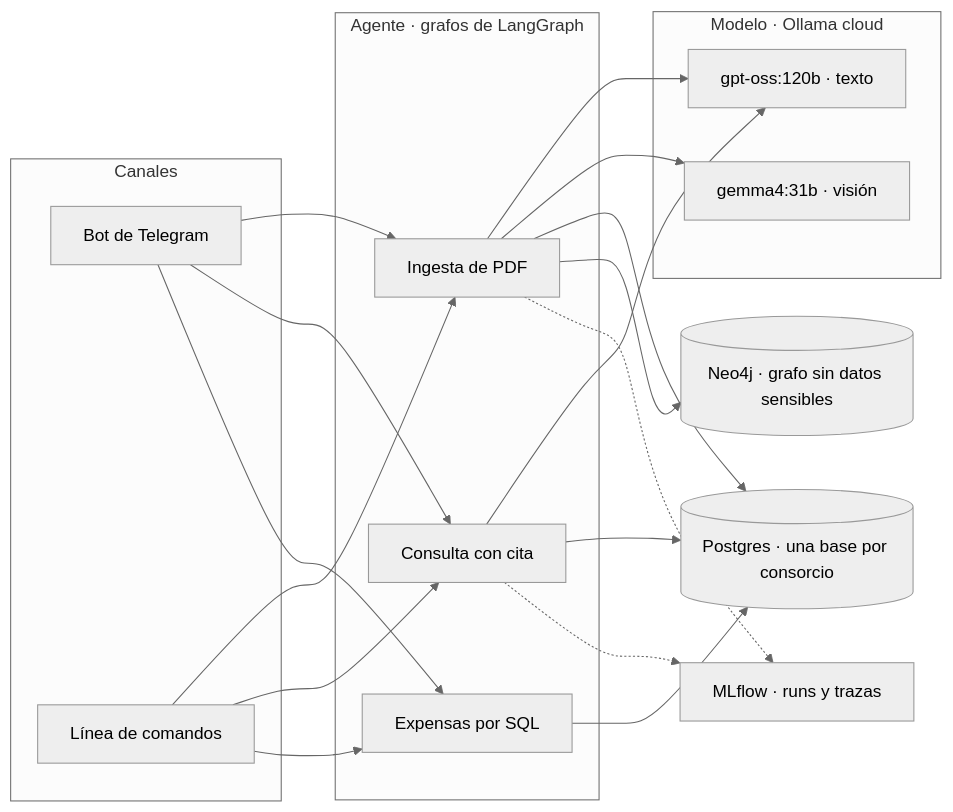
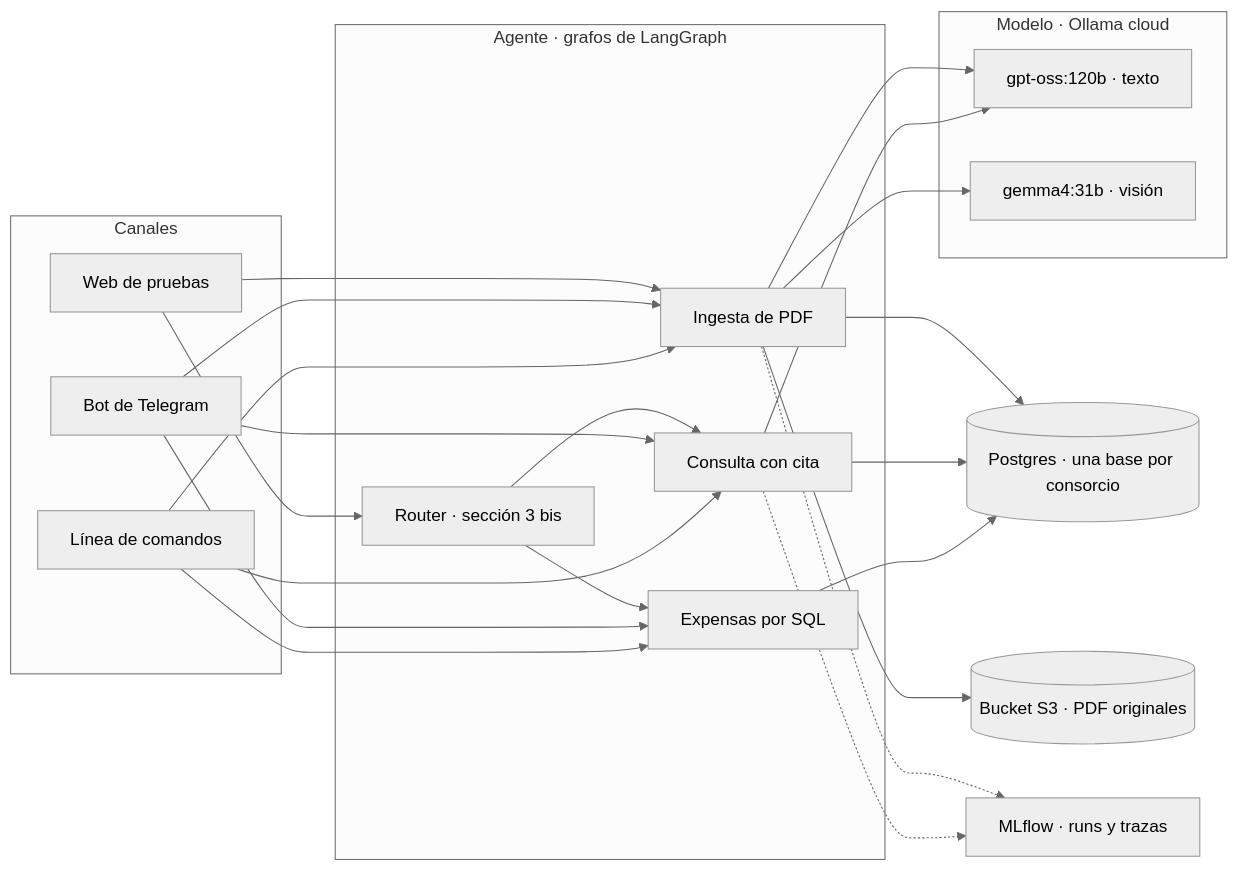
Before and after one commit to lucaschicco/IAA: the first of 5 diagrams in docs/poc.md, drawn with Mermaid (neutral theme). The commit also changed other lines of this file and 100 other files, not shown here.

First line of the commit message:
Agregar base de datos con Alembic, agente con router, web de pruebas y CRM

````diff
--- a/docs/poc.md
+++ b/docs/poc.md
@@ -23,26 +24,31 @@
 ```mermaid
 flowchart LR
     subgraph Canales
+        WEB["Web de pruebas"]
         TG["Bot de Telegram"]
         CLI["Línea de comandos"]
     end
     subgraph Agente["Agente · grafos de LangGraph"]
+        ROU["Router · sección 3 bis"]
         ING["Ingesta de PDF"]
         CON["Consulta con cita"]
         EXP["Expensas por SQL"]
     end
+    WEB --> ROU
+    WEB --> ING
+    ROU --> CON & EXP
     subgraph Modelo["Modelo · Ollama cloud"]
         GPT["gpt-oss:120b · texto"]
         GEM["gemma4:31b · visión"]
     end
     TG --> ING & CON & EXP
     CLI --> ING & CON & EXP
     ING --> GPT & GEM
     CON --> GPT
     ING --> PG[("Postgres · una base por consorcio")]
-    ING --> NEO[("Neo4j · grafo sin datos sensibles")]
+    ING --> S3[("Bucket S3 · PDF originales")]
     CON --> PG
     EXP --> PG
     ING -.-> ML["MLflow · runs y trazas"]
     CON -.-> ML
 ```
````
